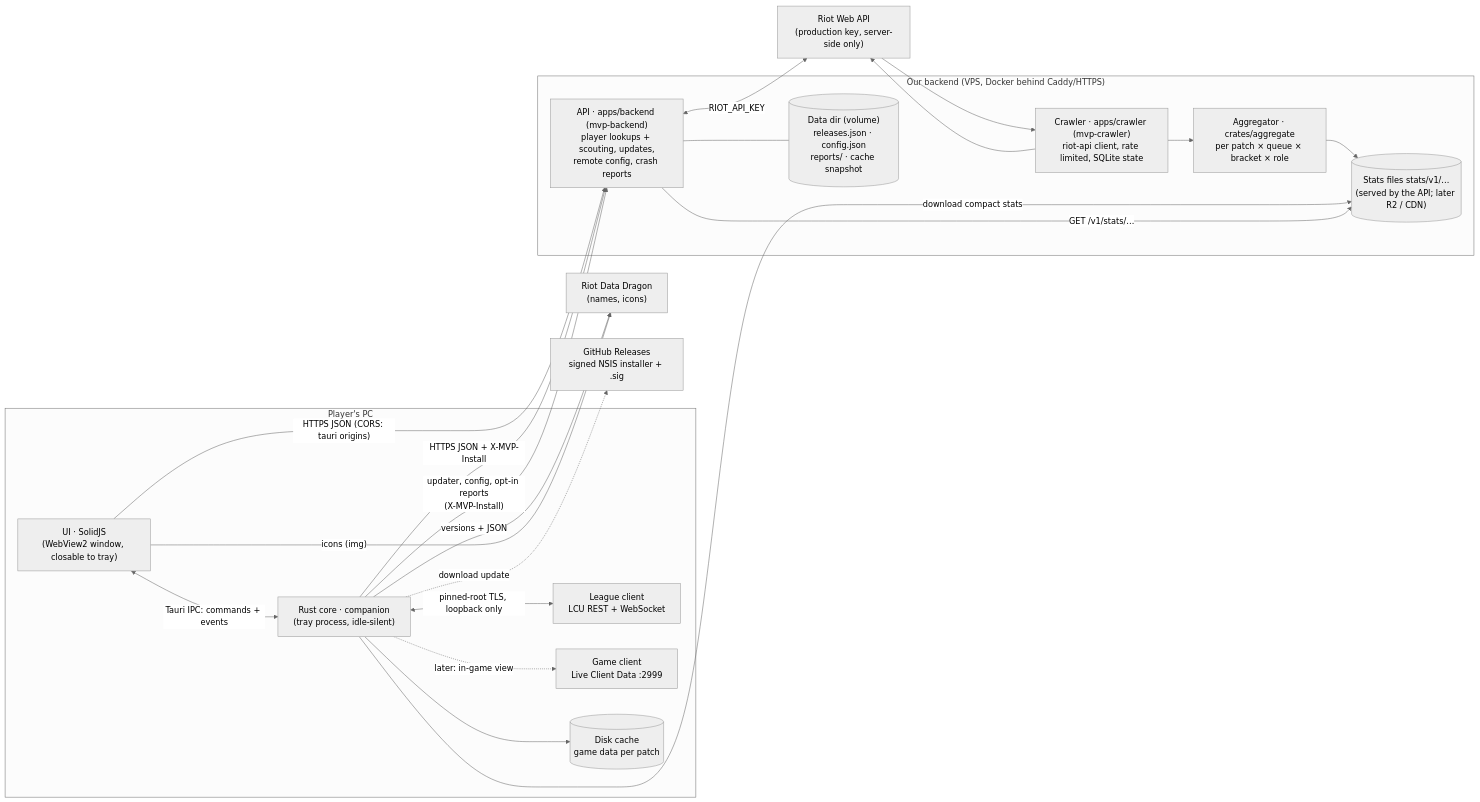
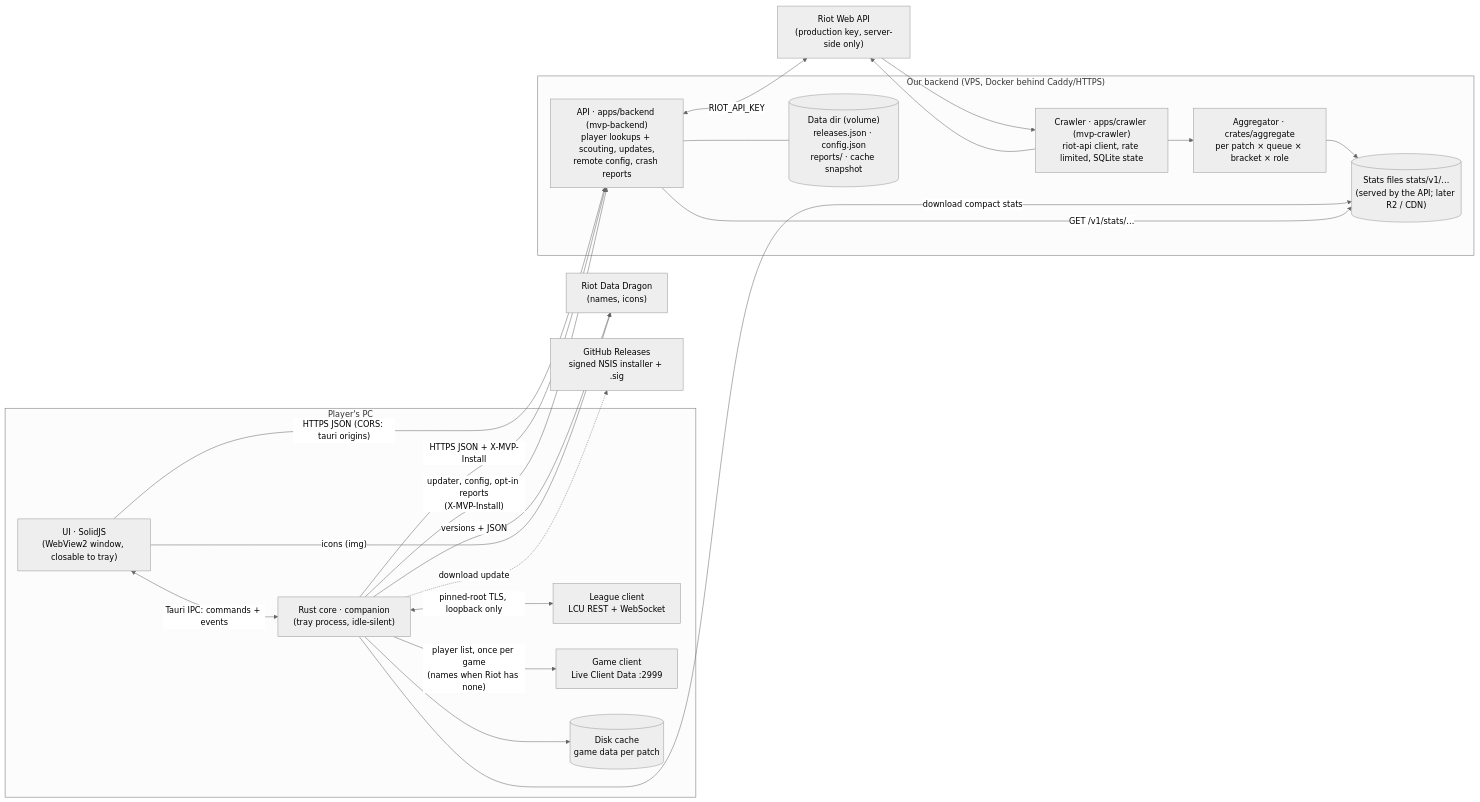
The diagram in docs/architecture.md (Filmoo/MVP), drawn with Mermaid (neutral theme) before and after one commit. The commit also changed other lines of this file and 5 other files, not shown here.

````diff
--- a/docs/architecture.md
+++ b/docs/architecture.md
@@ -3,39 +3,39 @@
 ```mermaid
 flowchart LR
   subgraph PC["Player's PC"]
     UI["UI · SolidJS<br/>(WebView2 window, closable to tray)"]
     Core["Rust core · companion<br/>(tray process, idle-silent)"]
     LCU["League client<br/>LCU REST + WebSocket"]
     Game["Game client<br/>Live Client Data :2999"]
     Cache[("Disk cache<br/>game data per patch")]
   end
   DD["Riot Data Dragon<br/>(names, icons)"]
   subgraph Server["Our backend (VPS, Docker behind Caddy/HTTPS)"]
     Api["API · apps/backend (mvp-backend)<br/>player lookups + scouting, updates,<br/>remote config, crash reports"]
     Data[("Data dir (volume)<br/>releases.json · config.json<br/>reports/ · cache snapshot")]
     Crawler["Crawler · apps/crawler (mvp-crawler)<br/>riot-api client, rate limited, SQLite state"]
     Agg["Aggregator · crates/aggregate<br/>per patch × queue × bracket × role"]
     Files[("Stats files stats/v1/…<br/>(served by the API; later R2 / CDN)")]
   end
   Riot["Riot Web API<br/>(production key, server-side only)"]
 
   UI <-- "Tauri IPC: commands + events" --> Core
   Core <-- "pinned-root TLS, loopback only" --> LCU
-  Core -. "later: in-game view" .-> Game
+  Core -- "player list, once per game<br/>(names when Riot has none)" --> Game
   Core --> Cache
   Core -- "versions + JSON" --> DD
   UI -- "icons (img)" --> DD
   Api <-- "RIOT_API_KEY" --> Riot
   Crawler --> Riot --> Crawler
   Crawler --> Agg --> Files
   Core -- "download compact stats" --> Files
   Api -- "GET /v1/stats/…" --> Files
   UI -- "HTTPS JSON (CORS: tauri origins)" --> Api
 
   Core -- "HTTPS JSON + X-MVP-Install" --> Api
 
   Core -- "updater, config, opt-in reports<br/>(X-MVP-Install)" --> Api
   Api --- Data
   GH["GitHub Releases<br/>signed NSIS installer + .sig"]
   Core -. "download update" .-> GH
 ```
````
